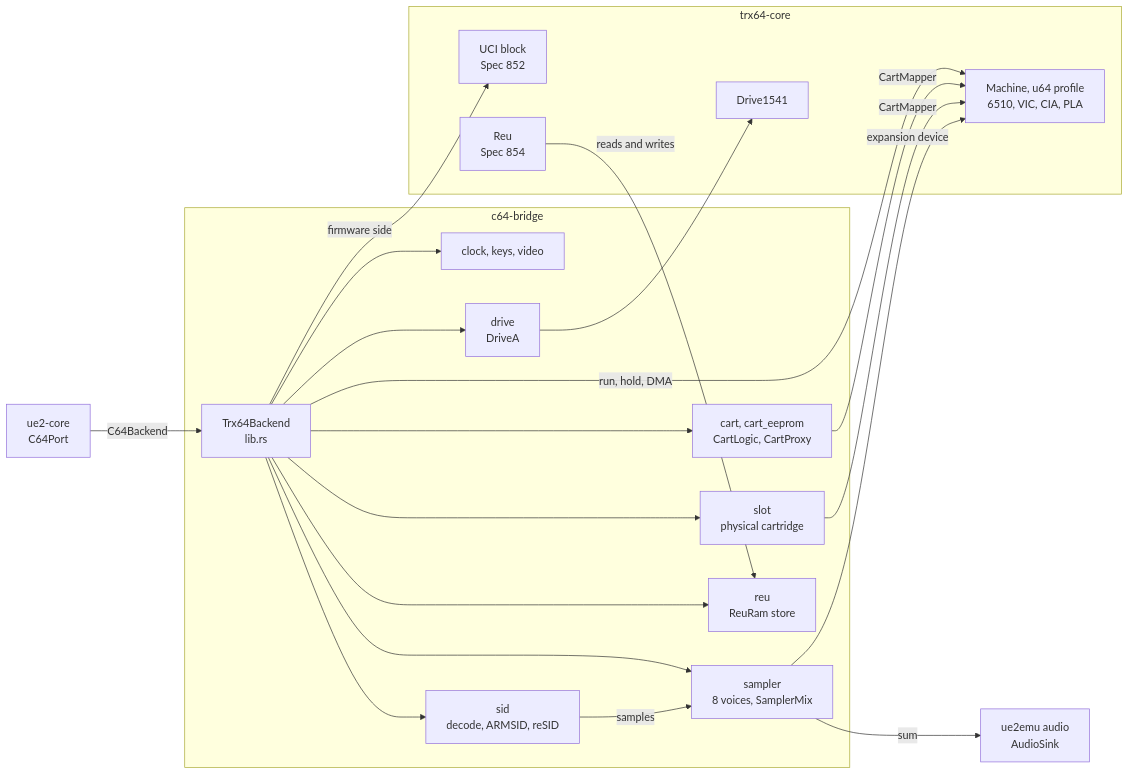
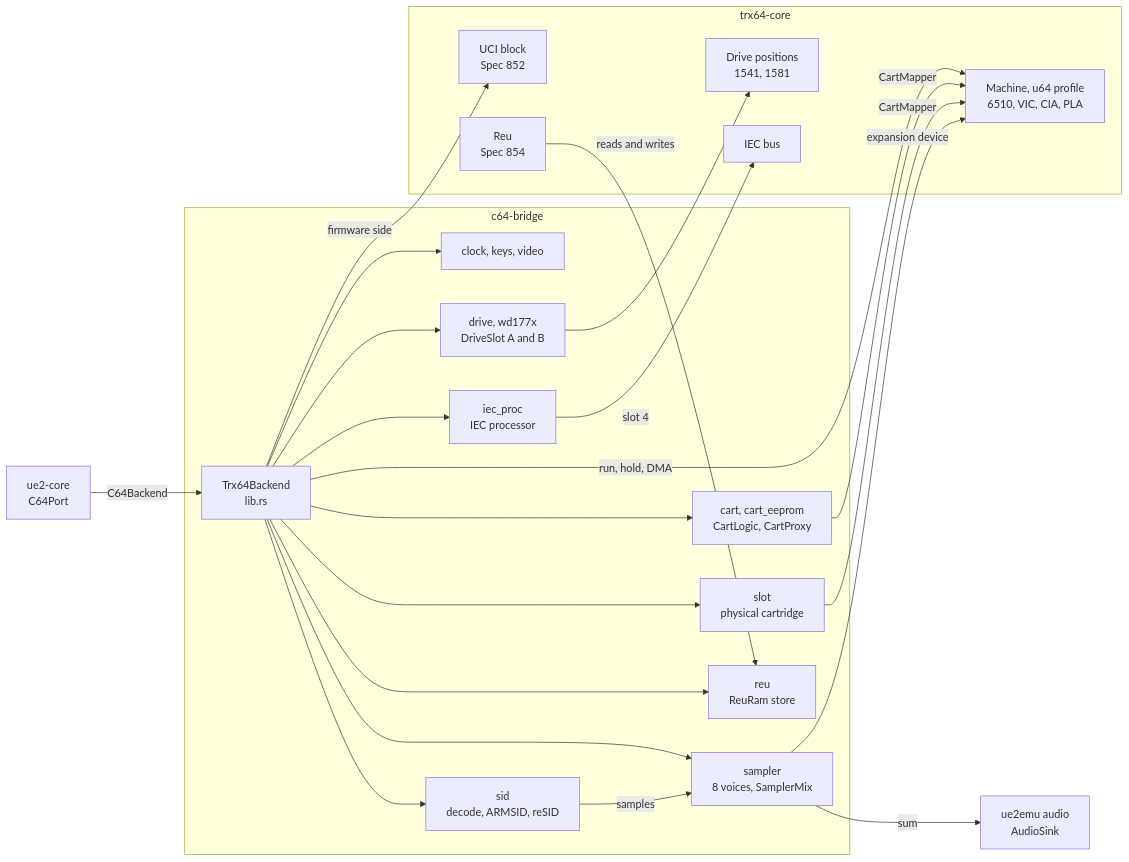
Before and after one commit to Jondalar/UE2-C64U-Emulator: the fifth of 12 diagrams in docs/ARCHITECTURE.md, drawn with Mermaid. The commit also changed other lines of this file and 53 other files, not shown here.

````diff
--- a/docs/ARCHITECTURE.md
+++ b/docs/ARCHITECTURE.md
@@ -423,38 +446,42 @@
 ```mermaid
 flowchart LR
     port["ue2-core<br/>C64Port"]
     subgraph bridge["c64-bridge"]
         backend["Trx64Backend<br/>lib.rs"]
         misc["clock, keys, video"]
         sid["sid<br/>decode, ARMSID, reSID"]
         sampler["sampler<br/>8 voices, SamplerMix"]
         cart["cart, cart_eeprom<br/>CartLogic, CartProxy"]
         slot["slot<br/>physical cartridge"]
-        drive["drive<br/>DriveA"]
+        drive["drive, wd177x<br/>DriveSlot A and B"]
+        iec["iec_proc<br/>IEC processor"]
         reu["reu<br/>ReuRam store"]
     end
     subgraph trx["trx64-core"]
         machine["Machine, u64 profile<br/>6510, VIC, CIA, PLA"]
         uci["UCI block<br/>Spec 852"]
         reuDev["Reu<br/>Spec 854"]
-        d1541["Drive1541"]
+        d1541["Drive positions<br/>1541, 1581"]
+        bus["IEC bus"]
     end
     sink["ue2emu audio<br/>AudioSink"]
     port -->|"C64Backend"| backend
     backend --> misc
     backend --> sid
     backend --> sampler
     backend --> reu
     backend --> cart
     backend --> slot
     backend --> drive
     backend -->|"run, hold, DMA"| machine
     backend -->|"firmware side"| uci
     cart -->|"CartMapper"| machine
     slot -->|"CartMapper"| machine
     sampler -->|"expansion device"| machine
     reuDev -->|"reads and writes"| reu
+    backend --> iec
     drive --> d1541
+    iec -->|"slot 4"| bus
     sid -->|"samples"| sampler
     sampler -->|"sum"| sink
 ```
````
